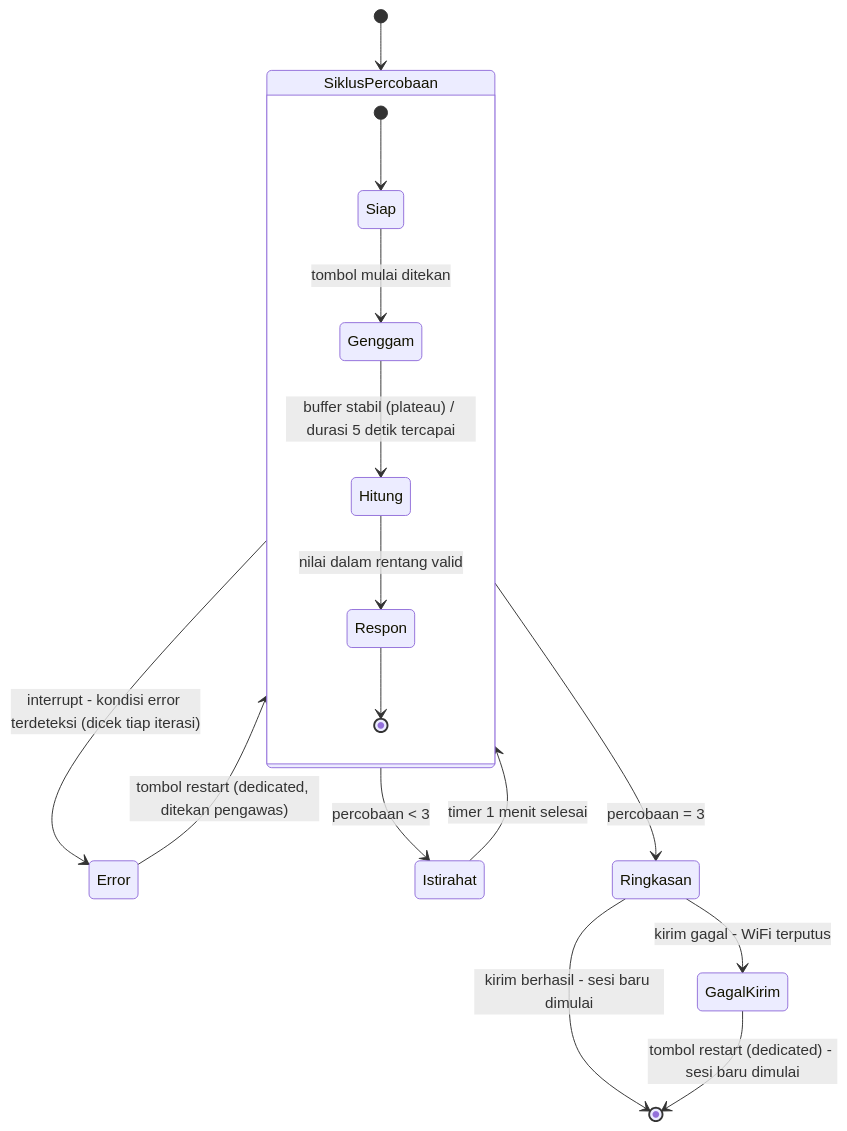
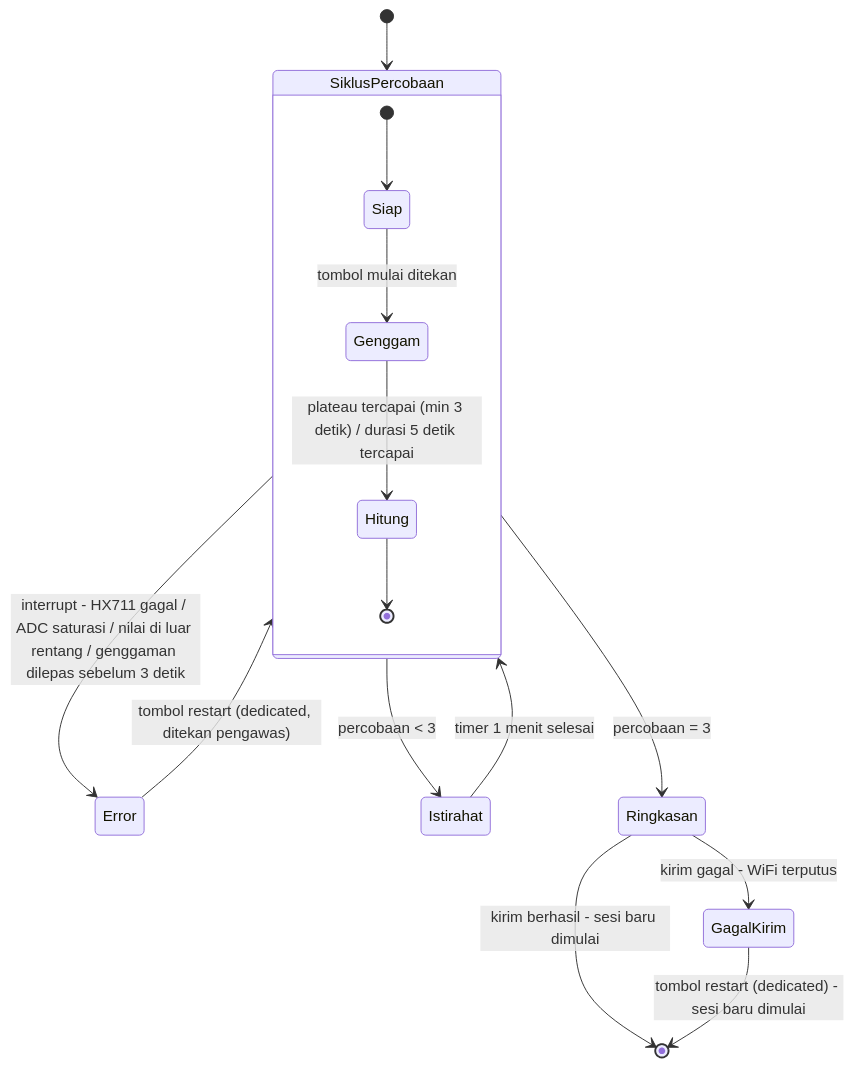
One commit to raden-ayu44/embedded-systems changed the diagram in finpro/notes-for-proposal.md. Above: the diagram before and after it, drawn with Mermaid. The commit also changed other lines of this file, not shown here.

````diff
--- a/finpro/notes-for-proposal.md
+++ b/finpro/notes-for-proposal.md
@@ -187,23 +198,22 @@
 ```mermaid
 stateDiagram-v2
     [*] --> SiklusPercobaan
 
     state SiklusPercobaan {
         [*] --> Siap
         Siap --> Genggam: tombol mulai ditekan
-        Genggam --> Hitung: buffer stabil (plateau) / durasi 5 detik tercapai
-        Hitung --> Respon: nilai dalam rentang valid
-        Respon --> [*]
+        Genggam --> Hitung: plateau tercapai (min 3 detik) / durasi 5 detik tercapai
+        Hitung --> [*]
     }
 
-    SiklusPercobaan --> Error: interrupt - kondisi error terdeteksi (dicek tiap iterasi)
+    SiklusPercobaan --> Error: interrupt - HX711 gagal / ADC saturasi / nilai di luar rentang / genggaman dilepas sebelum 3 detik
     Error --> SiklusPercobaan: tombol restart (dedicated, ditekan pengawas)
 
     SiklusPercobaan --> Istirahat: percobaan < 3
     Istirahat --> SiklusPercobaan: timer 1 menit selesai
     SiklusPercobaan --> Ringkasan: percobaan = 3
 
     Ringkasan --> [*]: kirim berhasil - sesi baru dimulai
     Ringkasan --> GagalKirim: kirim gagal - WiFi terputus
     GagalKirim --> [*]: tombol restart (dedicated) - sesi baru dimulai
 ```
````
